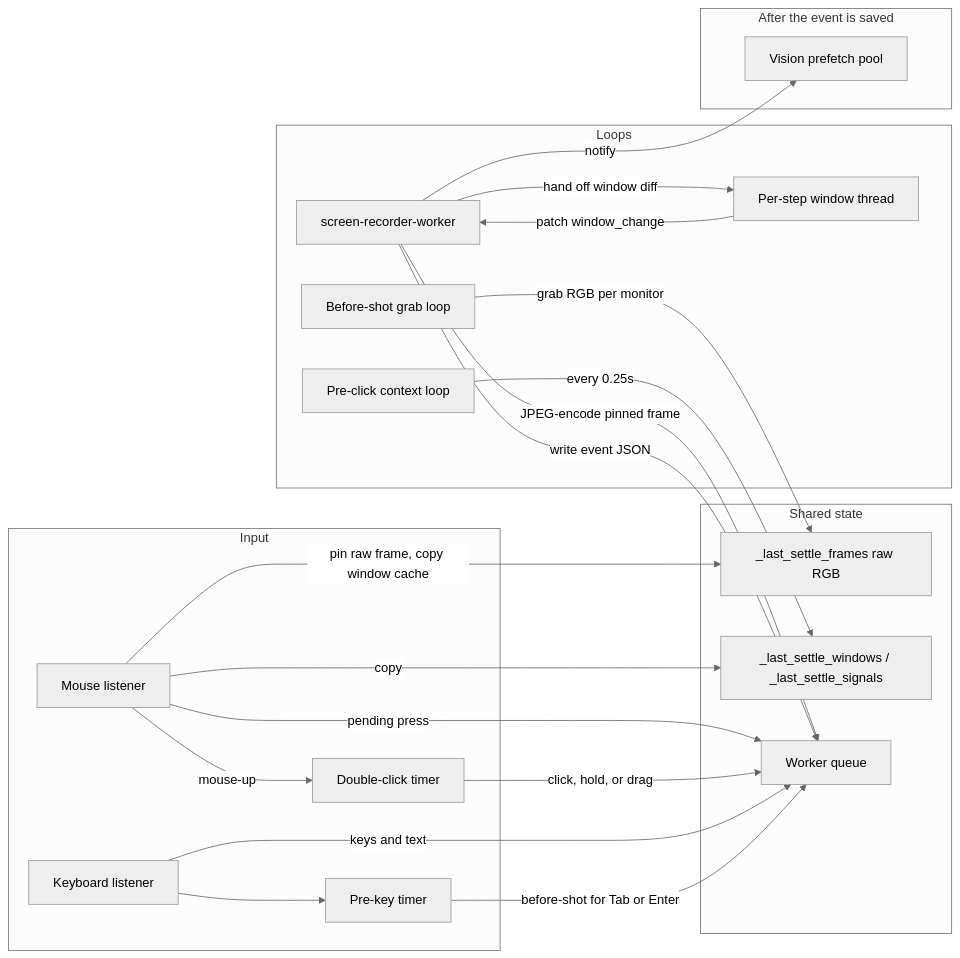
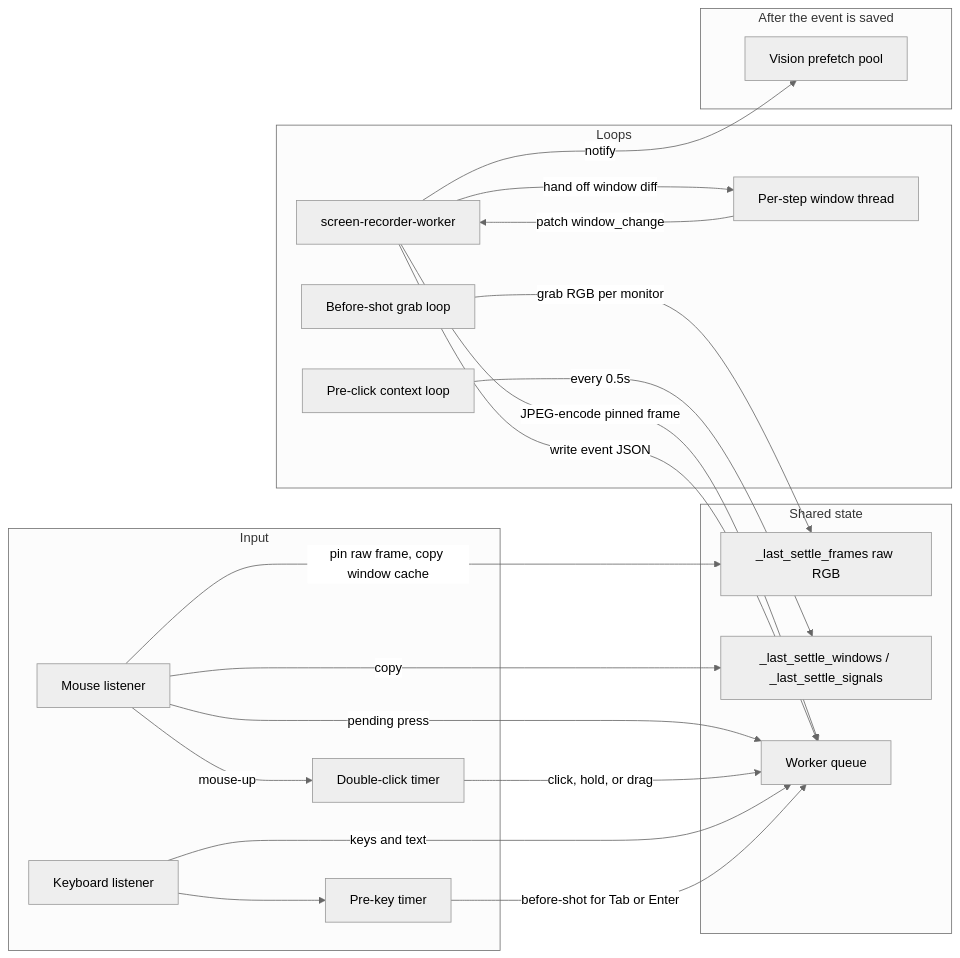
The diagram in RECORDING_LOOPS.md (josephorng/QualityAssuranceAgent), drawn with Mermaid (neutral theme) before and after one commit. The commit also changed other lines of this file and 2 other files, not shown here.

````diff
--- a/RECORDING_LOOPS.md
+++ b/RECORDING_LOOPS.md
@@ -7,43 +7,43 @@
 ```mermaid
 flowchart LR
   subgraph input [Input]
     Mouse[Mouse listener]
     Keys[Keyboard listener]
     ClickTimer[Double-click timer]
     KeyTimer[Pre-key timer]
   end
 
   subgraph shared [Shared state]
     Frame["_last_settle_frames raw RGB"]
     Windows["_last_settle_windows / _last_settle_signals"]
     Queue[Worker queue]
   end
 
   subgraph loops [Loops]
     BeforeShot[Before-shot grab loop]
     Context[Pre-click context loop]
     Worker[screen-recorder-worker]
     WindowStep[Per-step window thread]
   end
 
   subgraph after [After the event is saved]
     Vision[Vision prefetch pool]
   end
 
   BeforeShot -->|grab RGB per monitor| Frame
   Mouse -->|pin raw frame, copy window cache| Frame
   Mouse -->|copy| Windows
   Mouse -->|pending press| Queue
   Mouse -->|mouse-up| ClickTimer
   ClickTimer -->|click, hold, or drag| Queue
   Keys -->|keys and text| Queue
   Keys --> KeyTimer
   KeyTimer -->|before-shot for Tab or Enter| Queue
 
-  Context -->|every 0.25s| Windows
+  Context -->|every 0.5s| Windows
   Worker -->|JPEG-encode pinned frame| Queue
   Worker -->|write event JSON| Queue
   Worker -->|hand off window diff| WindowStep
   WindowStep -->|patch window_change| Worker
   Worker -->|notify| Vision
 ```
````
